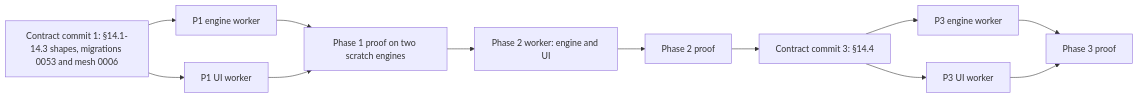
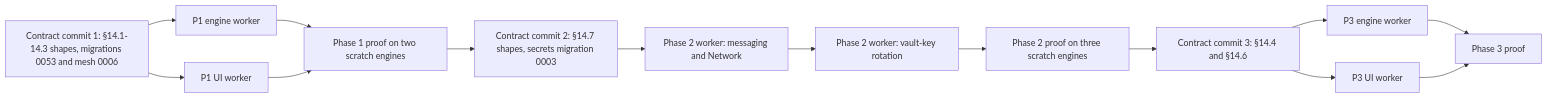
The sixth of 6 diagrams in docs/design/183-remote-sessions-and-a2a.md (BaseDatum/Theuth), drawn with Mermaid before and after one commit. The commit also changed other lines of this file and 1 other file, not shown here.

Commit message:
docs(183): later rulings D6–D10; vault-key rotation on unpair; contacts reach chosen chats

````diff
--- a/docs/design/183-remote-sessions-and-a2a.md
+++ b/docs/design/183-remote-sessions-and-a2a.md
@@ -1022,14 +1370,16 @@
 ```mermaid
 flowchart LR
   C1[Contract commit 1: §14.1-14.3 shapes, migrations 0053 and mesh 0006] --> E1[P1 engine worker]
   C1 --> U1[P1 UI worker]
   E1 --> P1[Phase 1 proof on two scratch engines]
   U1 --> P1
-  P1 --> W2[Phase 2 worker: engine and UI]
-  W2 --> P2[Phase 2 proof]
-  P2 --> C3[Contract commit 3: §14.4]
+  P1 --> C2[Contract commit 2: §14.7 shapes, secrets migration 0003]
+  C2 --> W2[Phase 2 worker: messaging and Network]
+  W2 --> R2[Phase 2 worker: vault-key rotation]
+  R2 --> P2[Phase 2 proof on three scratch engines]
+  P2 --> C3[Contract commit 3: §14.4 and §14.6]
   C3 --> E3[P3 engine worker]
   C3 --> U3[P3 UI worker]
   E3 --> P3[Phase 3 proof]
   U3 --> P3
 ```
````
